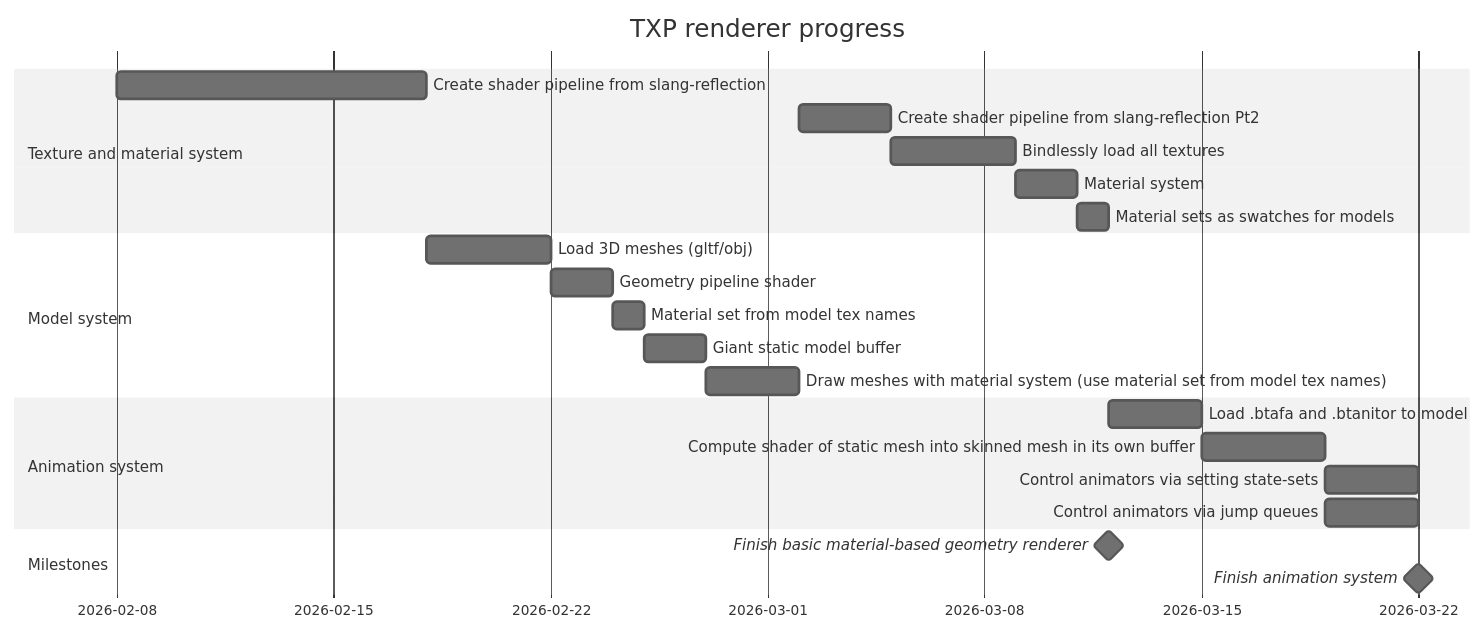
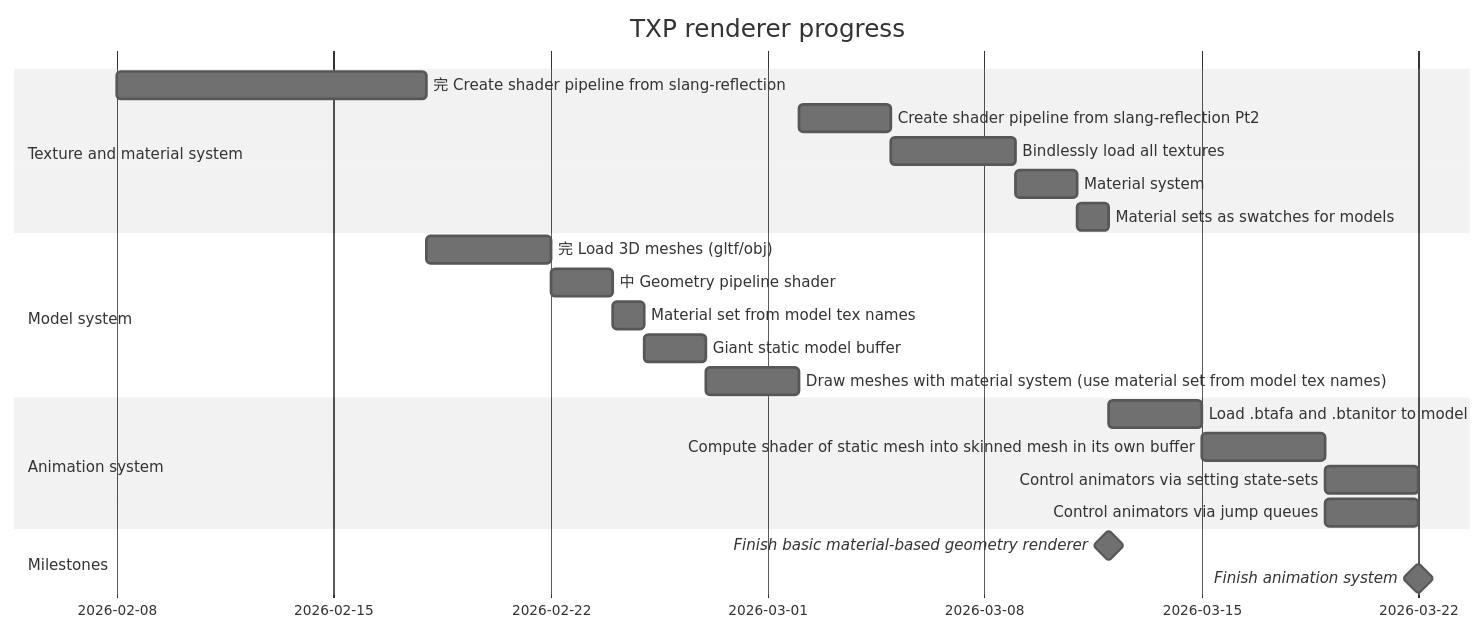
One commit to TheaGal/TXP_renderer changed the first of 2 diagrams in README.md. Above: the diagram before and after it, drawn with Mermaid (neutral theme). The commit also changed 1 other file, not shown here.

Commit message:
update progress

````diff
--- a/README.md
+++ b/README.md
@@ -78,25 +78,25 @@
 ```mermaid
 gantt
     title TXP renderer progress
     dateFormat YYYY/MM/DD
     section Texture and material system
-        Create shader pipeline from slang-reflection  : a1, 2026/02/08, 10d
+        完 Create shader pipeline from slang-reflection  : a1, 2026/02/08, 10d
         Create shader pipeline from slang-reflection Pt2  : a1_1, after a8, 3d
         Bindlessly load all textures          : a2, after a1_1, 4d
         Material system                       : a3, after a2, 2d
         Material sets as swatches for models  : a4, after a3, 1d
     section Model system
-        Load 3D meshes (gltf/obj)         : a5, after a1, 4d
-        Geometry pipeline shader          : a5_1, after a5, 2d
+        完 Load 3D meshes (gltf/obj)         : a5, after a1, 4d
+        中 Geometry pipeline shader          : a5_1, after a5, 2d
         Material set from model tex names : a6, after a5_1, 1d
         Giant static model buffer         : a7, after a6, 2d
         Draw meshes with material system (use material set from model tex names)  : a8, after a7, 3d
     section Animation system
         Load .btafa and .btanitor to model : a9, after m1, 3d
         Compute shader of static mesh into skinned mesh in its own buffer : a10, after a9, 4d
         Control animators via setting state-sets : a11, after a10, 3d
         Control animators via jump queues : a12, after a10, 3d
     section Milestones
         Finish basic material-based geometry renderer : milestone, m1, after a4, 0d
         Finish animation system : milestone, m2, after a12, 0d
 ```
````
